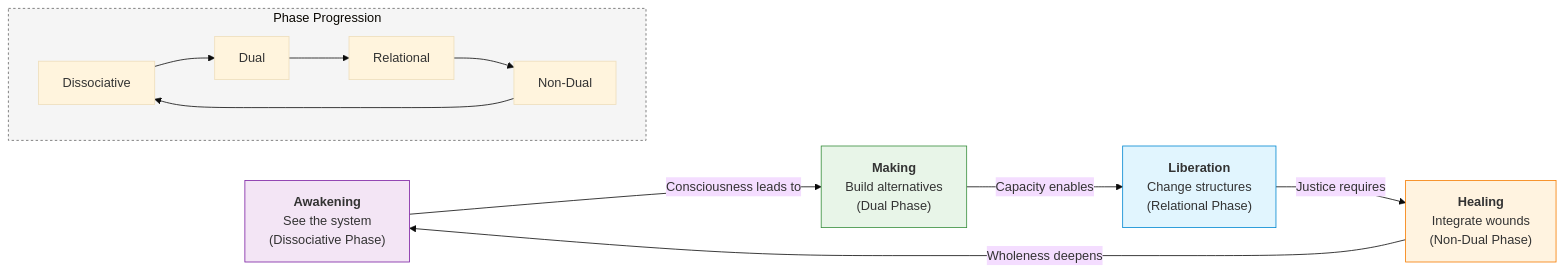
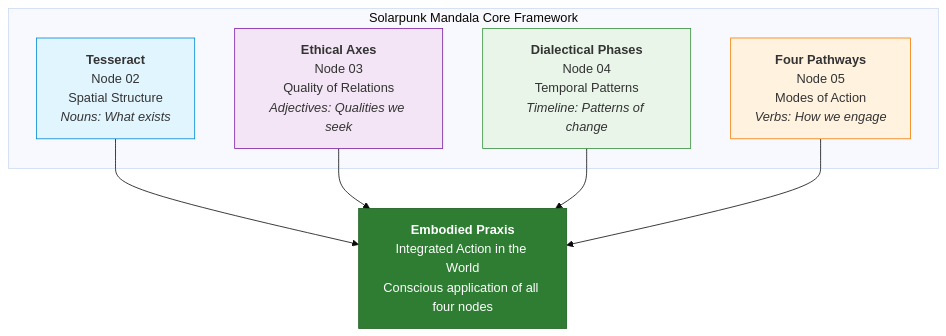
Before and after one commit to ravaioli/solarpunk-mandala: the fifth of 5 diagrams in framework/core-model/05-mandala-axis-four-pathways.md, drawn with Mermaid (base theme). The commit also changed other lines of this file, not shown here.

````diff
--- a/framework/core-model/05-mandala-axis-four-pathways.md
+++ b/framework/core-model/05-mandala-axis-four-pathways.md
@@ -334,28 +356,22 @@
 ```mermaid
-flowchart LR
-    P1["<b>Awakening</b><br>See the system<br>(Dissociative Phase)"]
-    P2["<b>Making</b><br>Build alternatives<br>(Dual Phase)"]
-    P3["<b>Liberation</b><br>Change structures<br>(Relational Phase)"]
-    P4["<b>Healing</b><br>Integrate wounds<br>(Non-Dual Phase)"]
-
-    P1 -->|"Consciousness leads to"| P2
-    P2 -->|"Capacity enables"| P3
-    P3 -->|"Justice requires"| P4
-    P4 -->|"Wholeness deepens"| P1
-
-    %% Inner cycle of dialectical progression
-    subgraph Inner[Phase Progression]
-        direction LR
-        D1["Dissociative"]
-        D2["Dual"]
-        D3["Relational"]
-        D4["Non-Dual"]
-        D1 --> D2 --> D3 --> D4 --> D1
+graph TD
+    subgraph Framework["Solarpunk Mandala Core Framework"]
+        Tesseract["<b>Tesseract</b><br>Node 02<br>Spatial Structure<br><i>Nouns: What exists</i>"]
+        Ethics["<b>Ethical Axes</b><br>Node 03<br>Quality of Relations<br><i>Adjectives: Qualities we seek</i>"]
+        Phases["<b>Dialectical Phases</b><br>Node 04<br>Temporal Patterns<br><i>Timeline: Patterns of change</i>"]
+        Pathways["<b>Four Pathways</b><br>Node 05<br>Modes of Action<br><i>Verbs: How we engage</i>"]
     end
-
-    style P1 fill:#f3e5f5,stroke:#7b1fa2
-    style P2 fill:#e8f5e8,stroke:#388e3c
-    style P3 fill:#e1f5fe,stroke:#0288d1
-    style P4 fill:#fff3e0,stroke:#f57c00
-    style Inner fill:#f5f5f5,stroke:#666,stroke-dasharray: 3 3
+    
+    Tesseract --> Praxis
+    Ethics --> Praxis
+    Phases --> Praxis
+    Pathways --> Praxis
+    
+    Praxis["<b>Embodied Praxis</b><br>Integrated Action in the World<br>Conscious application of all four nodes"]
+    
+    style Tesseract fill:#e1f5fe,stroke:#0288d1
+    style Ethics fill:#f3e5f5,stroke:#7b1fa2
+    style Phases fill:#e8f5e8,stroke:#388e3c
+    style Pathways fill:#fff3e0,stroke:#f57c00
+    style Praxis fill:#2e7d32,color:#fff,stroke:#1b5e20
 ```
````
